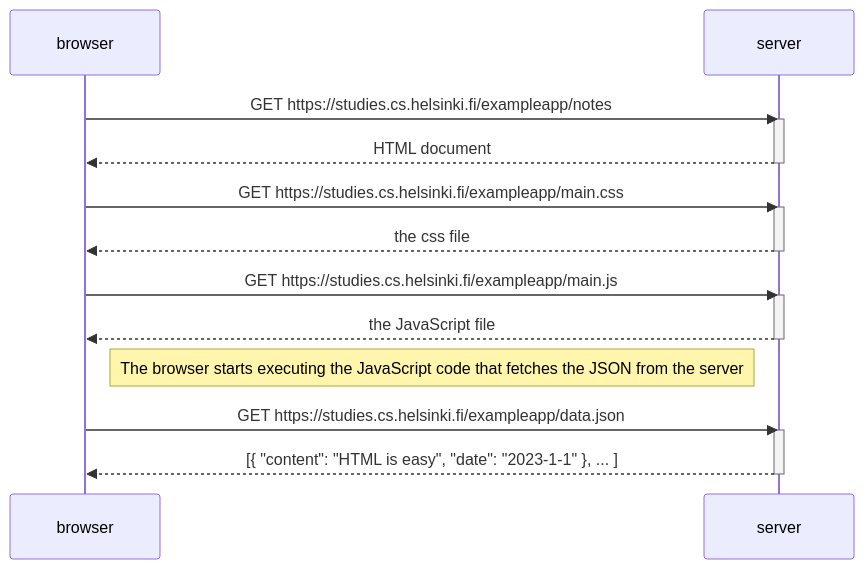
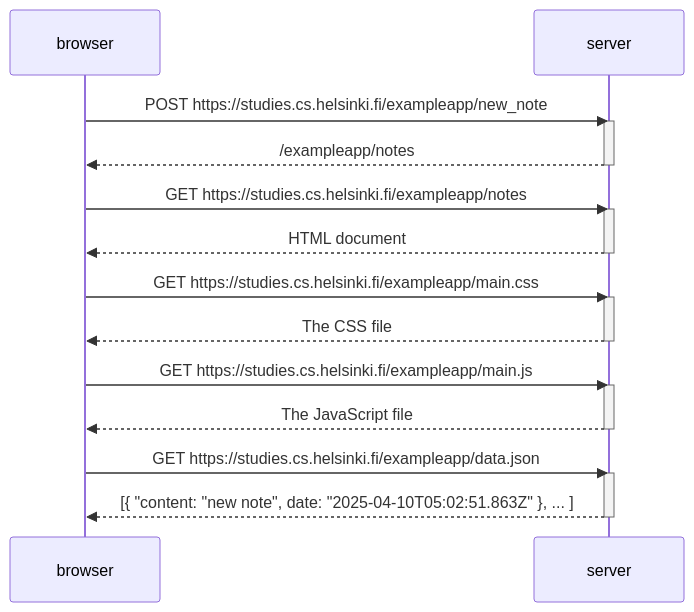
Before and after one commit to danieltpalma/fso: the diagram in part0/New note diagram.md, drawn with Mermaid.

Commit message:
submission

````diff
--- a/part0/New note diagram.md
+++ b/part0/New note diagram.md
@@ -3,27 +3,30 @@
 ```mermaid
 sequenceDiagram
     participant browser
     participant server
+
+    browser->>server: POST https://studies.cs.helsinki.fi/exampleapp/new_note
+    activate server
+    server-->>browser: /exampleapp/notes
+    deactivate server
 
     browser->>server: GET https://studies.cs.helsinki.fi/exampleapp/notes
     activate server
     server-->>browser: HTML document
     deactivate server
 
     browser->>server: GET https://studies.cs.helsinki.fi/exampleapp/main.css
     activate server
-    server-->>browser: the css file
+    server-->>browser: The CSS file
     deactivate server
-
-    browser->>server: GET https://studies.cs.helsinki.fi/exampleapp/main.js
+    
+	browser->>server: GET https://studies.cs.helsinki.fi/exampleapp/main.js
     activate server
-    server-->>browser: the JavaScript file
+    server-->>browser: The JavaScript file
     deactivate server
-
-    Note right of browser: The browser starts executing the JavaScript code that fetches the JSON from the server
 
     browser->>server: GET https://studies.cs.helsinki.fi/exampleapp/data.json
     activate server
-    server-->>browser: [{ "content": "HTML is easy", "date": "2023-1-1" }, ... ]
+    server-->>browser: [{ "content: "new note", date: "2025-04-10T05:02:51.863Z" }, ... ]
     deactivate server
 ```
````
